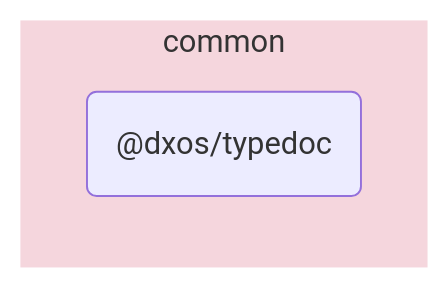
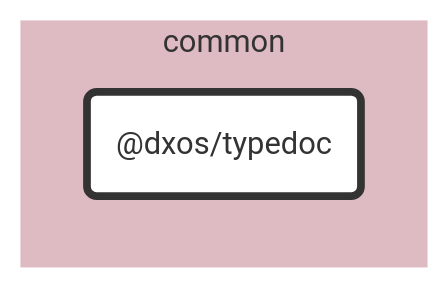
One commit to dxos/dxos changed the diagram in packages/common/typedoc/docs/README.md. Above: the diagram before and after it, drawn with Mermaid. The commit also changed other lines of this file and 89 other files, not shown here.

````diff
--- a/packages/common/typedoc/docs/README.md
+++ b/packages/common/typedoc/docs/README.md
@@ -5,9 +7,25 @@
 ```mermaid
-flowchart LR;
+%%{ init: {'flowchart':{'curve':'basis'}} }%%
 
+flowchart LR
+
+%% Links
+
+%% Sections
 subgraph common
-  style common fill:#f5d6dd,stroke:#fff;
-  dxos/typedoc("@dxos/typedoc");
+  style common fill:#debac2,stroke:#fff;
+
+  dxos/typedoc("@dxos/typedoc")
 end
 
+
+%% Hyperlinks
+
+%% Styles
+classDef rootNode fill:#fff,stroke:#333,stroke-width:4px
+classDef defaultNode fill:#fff,stroke:#333,stroke-width:1px
+linkStyle default stroke:#333,stroke-width:1px
+
+dxos/typedoc:::rootNode
+
 ```
````
